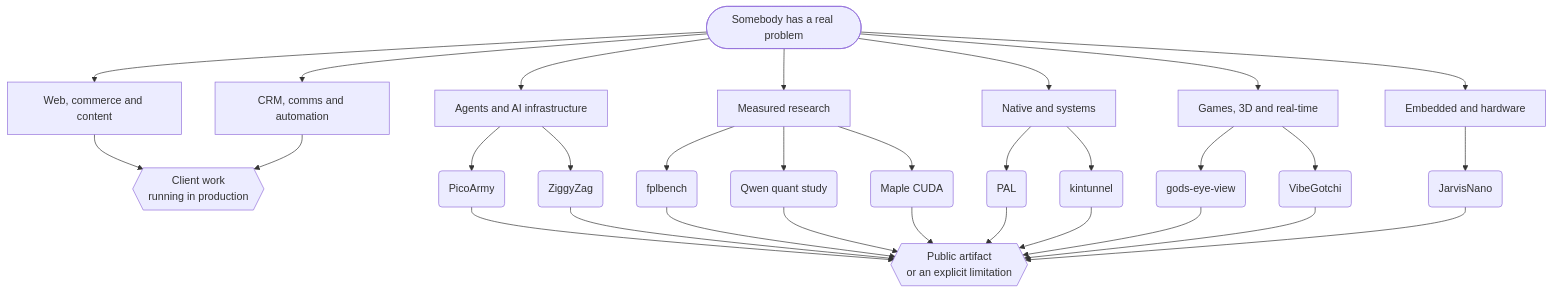
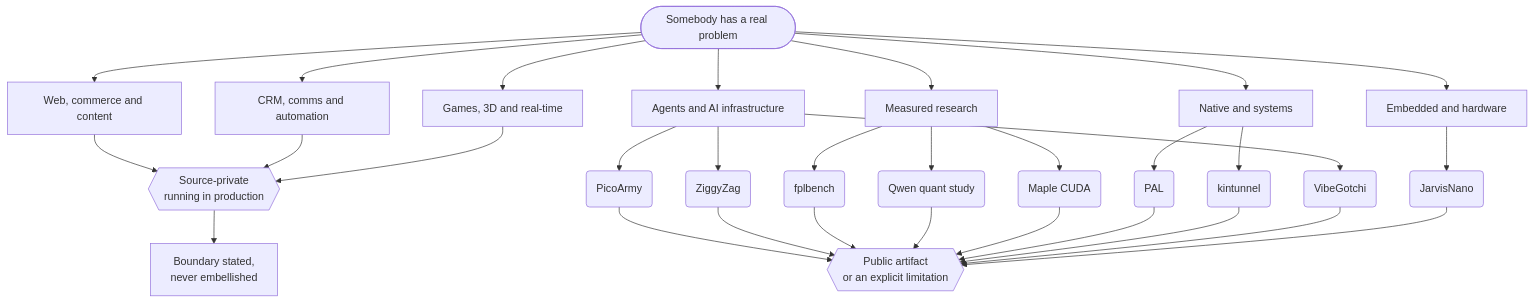
The diagram in README.md (PascalAI2024/PascalAI2024), drawn with Mermaid before and after one commit. The commit also changed other lines of this file, not shown here.

````diff
--- a/README.md
+++ b/README.md
@@ -159,34 +228,34 @@
 ```mermaid
 flowchart TB
     P([Somebody has a real problem]) --> W[Web, commerce and content]
     P --> C[CRM, comms and automation]
     P --> A[Agents and AI infrastructure]
     P --> R[Measured research]
     P --> S[Native and systems]
     P --> G[Games, 3D and real-time]
     P --> H[Embedded and hardware]
 
-    W --> CL{{Client work<br/>running in production}}
+    W --> CL{{Source-private<br/>running in production}}
     C --> CL
+    G --> CL
     A --> PA(PicoArmy)
     A --> ZZ(ZiggyZag)
     R --> F(fplbench)
     R --> Q(Qwen quant study)
     R --> M(Maple CUDA)
     S --> PL(PAL)
     S --> KT(kintunnel)
-    G --> GE(gods-eye-view)
-    G --> VG(VibeGotchi)
     H --> J(JarvisNano)
+    A --> VG(VibeGotchi)
 
     PA --> E{{Public artifact<br/>or an explicit limitation}}
     ZZ --> E
     F --> E
     Q --> E
     M --> E
     PL --> E
     KT --> E
-    GE --> E
     VG --> E
     J --> E
+    CL --> B[Boundary stated,<br/>never embellished]
 ```
````
